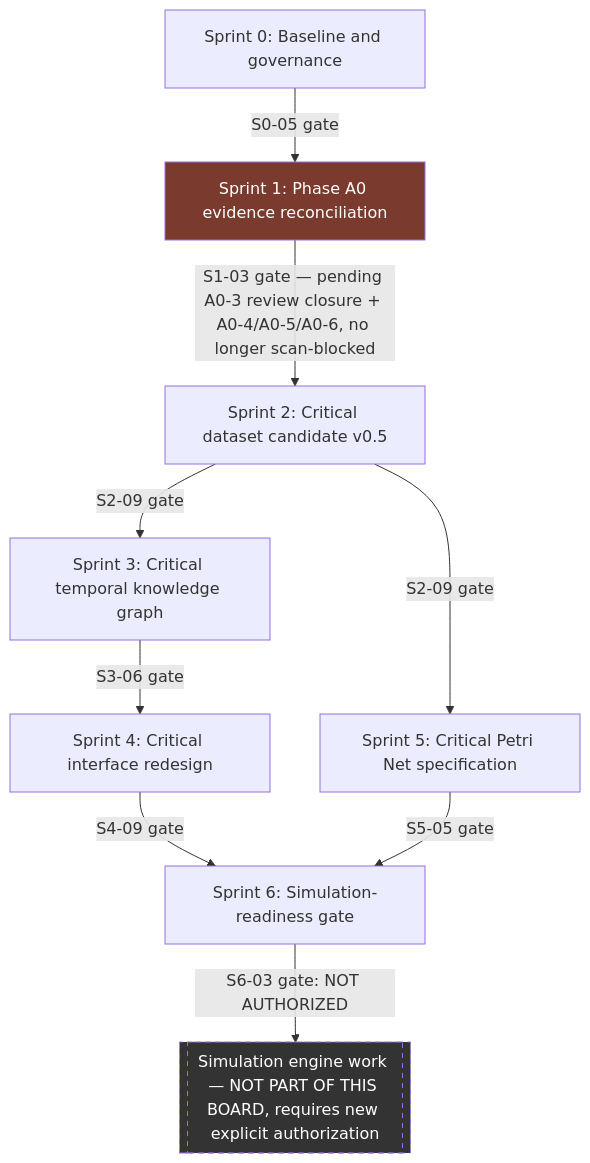
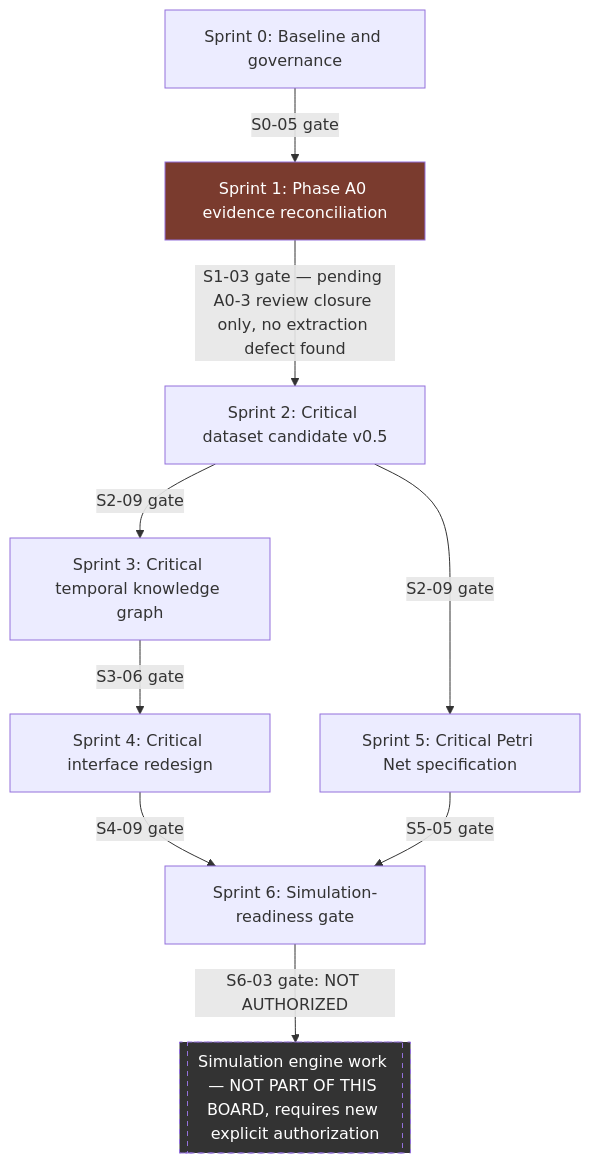
The diagram in docs/enclave/implementation/ENCLAVE_1682_MASTER_SPRINT_BOARD.md (mhdikbal/westkust-routes), drawn with Mermaid before and after one commit. The commit also changed other lines of this file and 6 other files, not shown here.

````diff
--- a/docs/enclave/implementation/ENCLAVE_1682_MASTER_SPRINT_BOARD.md
+++ b/docs/enclave/implementation/ENCLAVE_1682_MASTER_SPRINT_BOARD.md
@@ -46,14 +46,14 @@
 ```mermaid
 graph TD
     S0[Sprint 0: Baseline and governance] -->|S0-05 gate| S1[Sprint 1: Phase A0 evidence reconciliation]
-    S1 -->|S1-03 gate — pending A0-3 review closure + A0-4/A0-5/A0-6, no longer scan-blocked| S2[Sprint 2: Critical dataset candidate v0.5]
+    S1 -->|S1-03 gate — pending A0-3 review closure only, no extraction defect found| S2[Sprint 2: Critical dataset candidate v0.5]
     S2 -->|S2-09 gate| S3[Sprint 3: Critical temporal knowledge graph]
     S2 -->|S2-09 gate| S5[Sprint 5: Critical Petri Net specification]
     S3 -->|S3-06 gate| S4[Sprint 4: Critical interface redesign]
     S4 -->|S4-09 gate| S6[Sprint 6: Simulation-readiness gate]
     S5 -->|S5-05 gate| S6
     S6 -->|S6-03 gate: NOT AUTHORIZED| SIM[["Simulation engine work — NOT PART OF THIS BOARD, requires new explicit authorization"]]
 
     style S1 fill:#7a3b2e,color:#fff
     style SIM fill:#333,color:#fff,stroke-dasharray: 5 5
 ```
````
